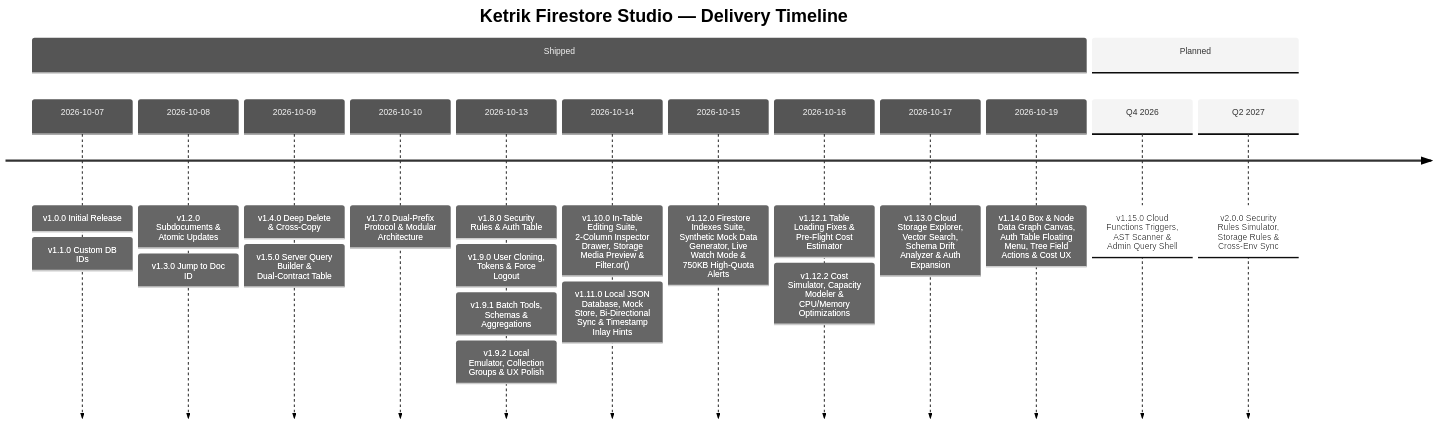
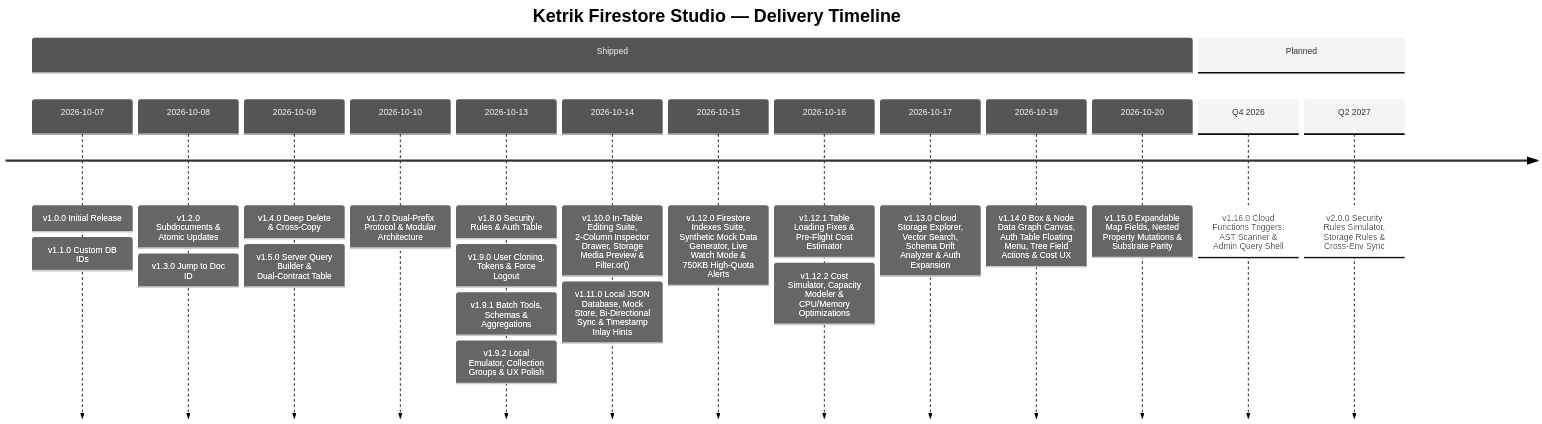
The diagram in ROADMAP.md (ketrik/ketrik-firestore-studio), drawn with Mermaid (neutral theme) before and after one commit. The commit also changed other lines of this file and 12 other files, not shown here.

````diff
--- a/ROADMAP.md
+++ b/ROADMAP.md
@@ -5,18 +5,19 @@
 ```mermaid
 timeline
     title Ketrik Firestore Studio — Delivery Timeline
     section Shipped
         2026-10-07 : v1.0.0 Initial Release : v1.1.0 Custom DB IDs
         2026-10-08 : v1.2.0 Subdocuments & Atomic Updates : v1.3.0 Jump to Doc ID
         2026-10-09 : v1.4.0 Deep Delete & Cross-Copy : v1.5.0 Server Query Builder & Dual-Contract Table
         2026-10-10 : v1.7.0 Dual-Prefix Protocol & Modular Architecture
         2026-10-13 : v1.8.0 Security Rules & Auth Table : v1.9.0 User Cloning, Tokens & Force Logout : v1.9.1 Batch Tools, Schemas & Aggregations : v1.9.2 Local Emulator, Collection Groups & UX Polish
         2026-10-14 : v1.10.0 In-Table Editing Suite, 2-Column Inspector Drawer, Storage Media Preview & Filter.or() : v1.11.0 Local JSON Database, Mock Store, Bi-Directional Sync & Timestamp Inlay Hints
         2026-10-15 : v1.12.0 Firestore Indexes Suite, Synthetic Mock Data Generator, Live Watch Mode & 750KB High-Quota Alerts
         2026-10-16 : v1.12.1 Table Loading Fixes & Pre-Flight Cost Estimator : v1.12.2 Cost Simulator, Capacity Modeler & CPU/Memory Optimizations
         2026-10-17 : v1.13.0 Cloud Storage Explorer, Vector Search, Schema Drift Analyzer & Auth Expansion
         2026-10-19 : v1.14.0 Box & Node Data Graph Canvas, Auth Table Floating Menu, Tree Field Actions & Cost UX
+        2026-10-20 : v1.15.0 Expandable Map Fields, Nested Property Mutations & Substrate Parity
     section Planned
-        Q4 2026 : v1.15.0 Cloud Functions Triggers, AST Scanner & Admin Query Shell
+        Q4 2026 : v1.16.0 Cloud Functions Triggers, AST Scanner & Admin Query Shell
         Q2 2027 : v2.0.0 Security Rules Simulator, Storage Rules & Cross-Env Sync
 ```
````
